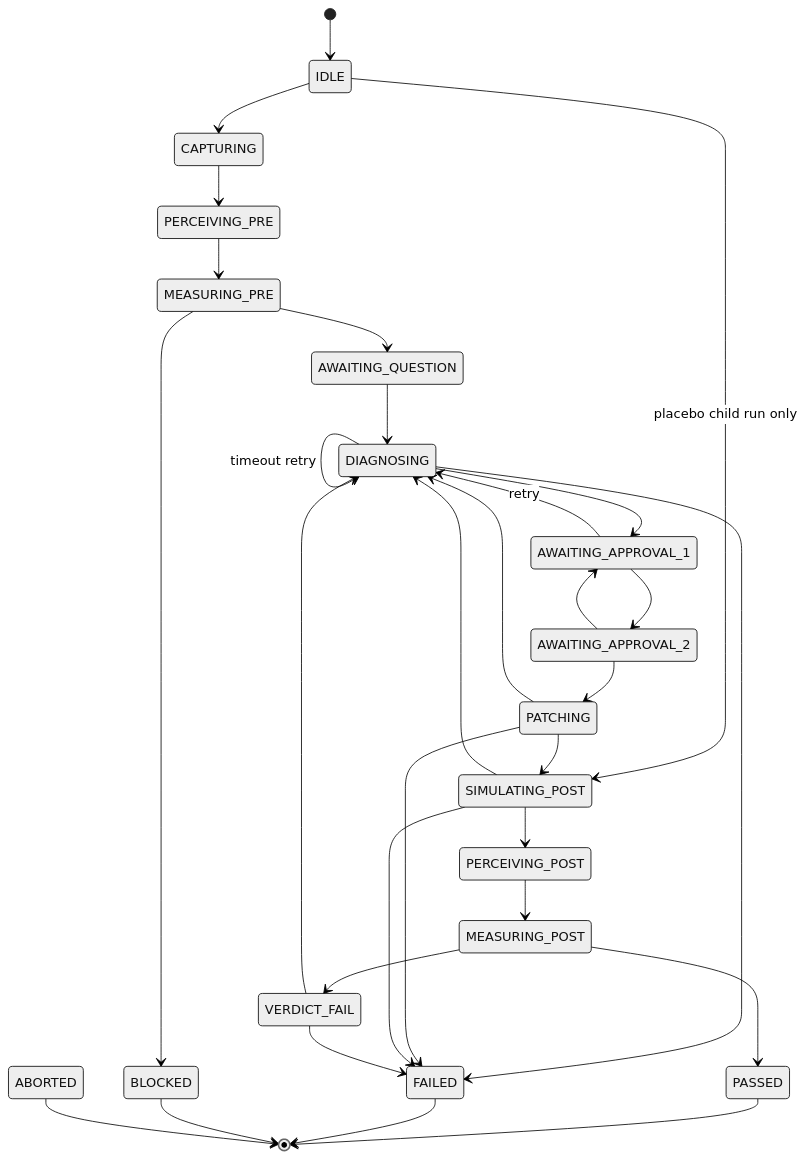
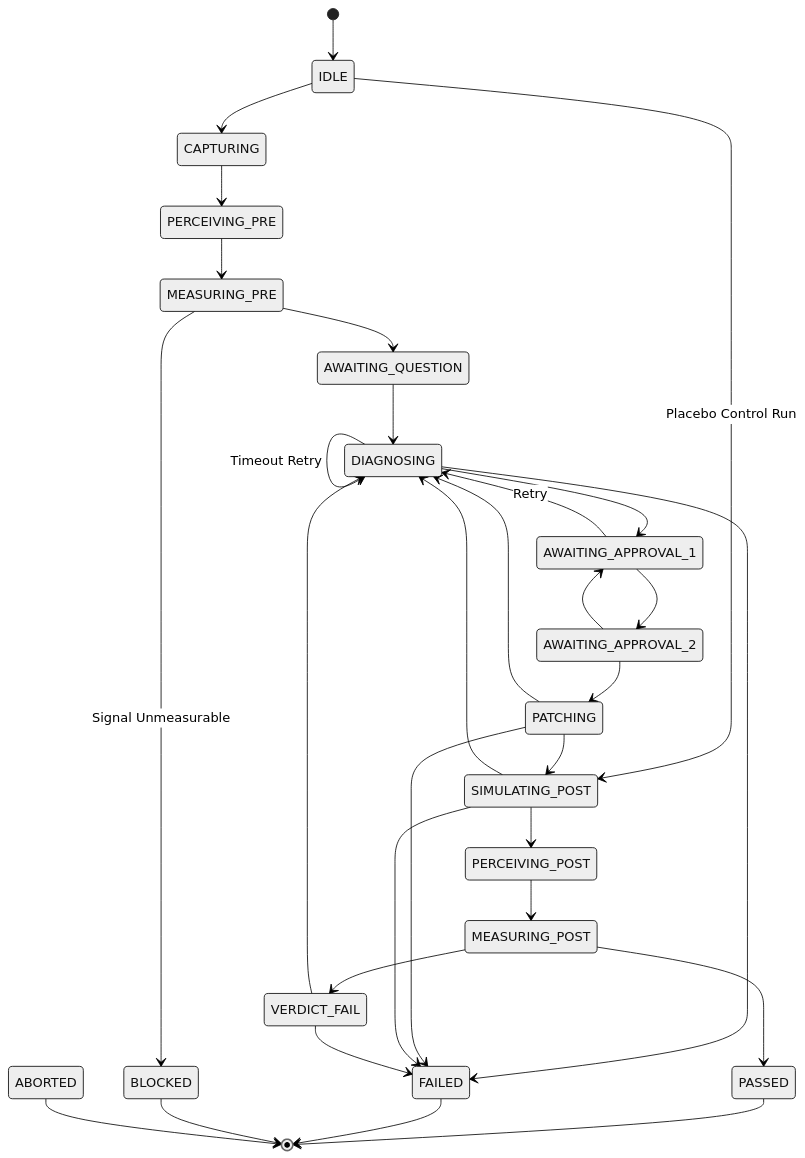
One commit to BugHunterX2101/chronosight-mcp changed the third of 3 diagrams in README.md. Above: the diagram before and after it, drawn with Mermaid (neutral theme). The commit also changed other lines of this file, not shown here.

Commit message:
docs: comprehensive architectural overhaul of README for hackathon submission

````diff
--- a/README.md
+++ b/README.md
@@ -159,33 +218,33 @@
 ```mermaid
 stateDiagram-v2
     [*] --> IDLE
     IDLE --> CAPTURING
-    IDLE --> SIMULATING_POST: placebo child run only
+    IDLE --> SIMULATING_POST: Placebo Control Run
     CAPTURING --> PERCEIVING_PRE
     PERCEIVING_PRE --> MEASURING_PRE
     MEASURING_PRE --> AWAITING_QUESTION
-    MEASURING_PRE --> BLOCKED
+    MEASURING_PRE --> BLOCKED: Signal Unmeasurable
     AWAITING_QUESTION --> DIAGNOSING
     DIAGNOSING --> AWAITING_APPROVAL_1
-    DIAGNOSING --> DIAGNOSING: timeout retry
+    DIAGNOSING --> DIAGNOSING: Timeout Retry
     DIAGNOSING --> FAILED
     AWAITING_APPROVAL_1 --> AWAITING_APPROVAL_2
-    AWAITING_APPROVAL_1 --> DIAGNOSING: retry
+    AWAITING_APPROVAL_1 --> DIAGNOSING: Retry
     AWAITING_APPROVAL_2 --> PATCHING
     AWAITING_APPROVAL_2 --> AWAITING_APPROVAL_1
     PATCHING --> SIMULATING_POST
     PATCHING --> DIAGNOSING
     PATCHING --> FAILED
     SIMULATING_POST --> PERCEIVING_POST
     SIMULATING_POST --> DIAGNOSING
     SIMULATING_POST --> FAILED
     PERCEIVING_POST --> MEASURING_POST
     MEASURING_POST --> PASSED
     MEASURING_POST --> VERDICT_FAIL
     VERDICT_FAIL --> DIAGNOSING
     VERDICT_FAIL --> FAILED
     PASSED --> [*]
     FAILED --> [*]
     BLOCKED --> [*]
     ABORTED --> [*]
 ```
````
